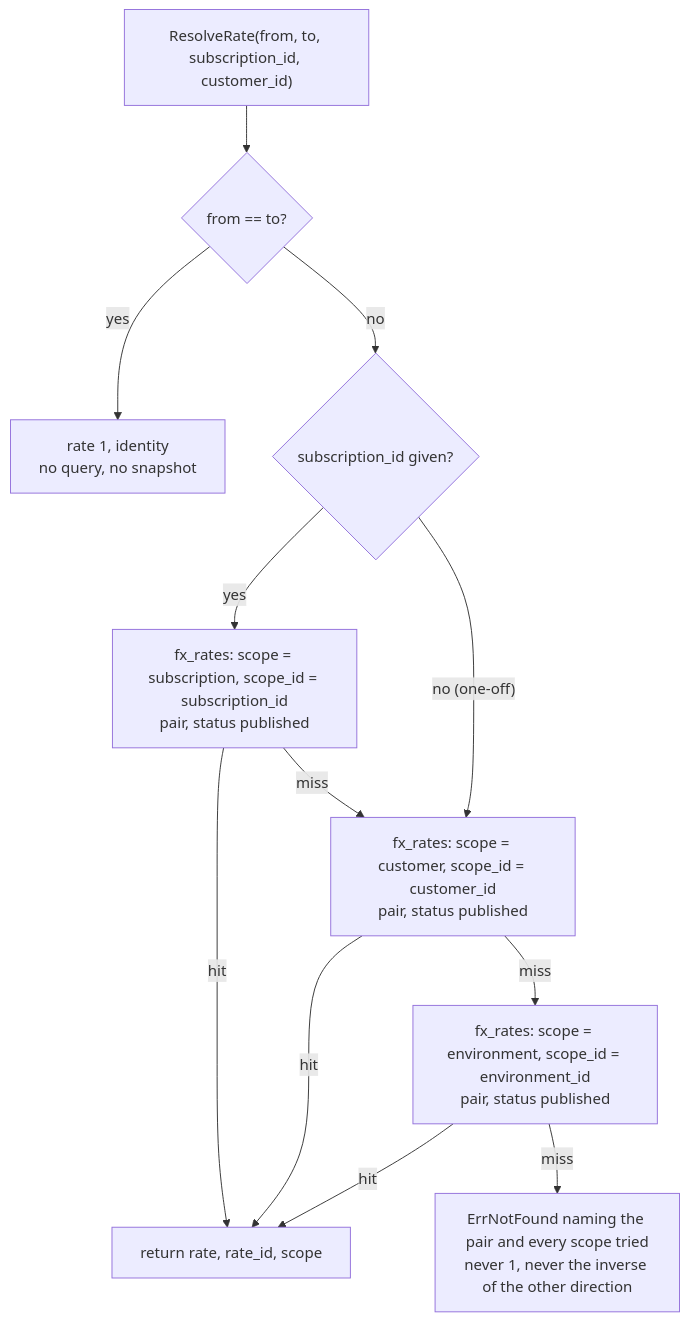
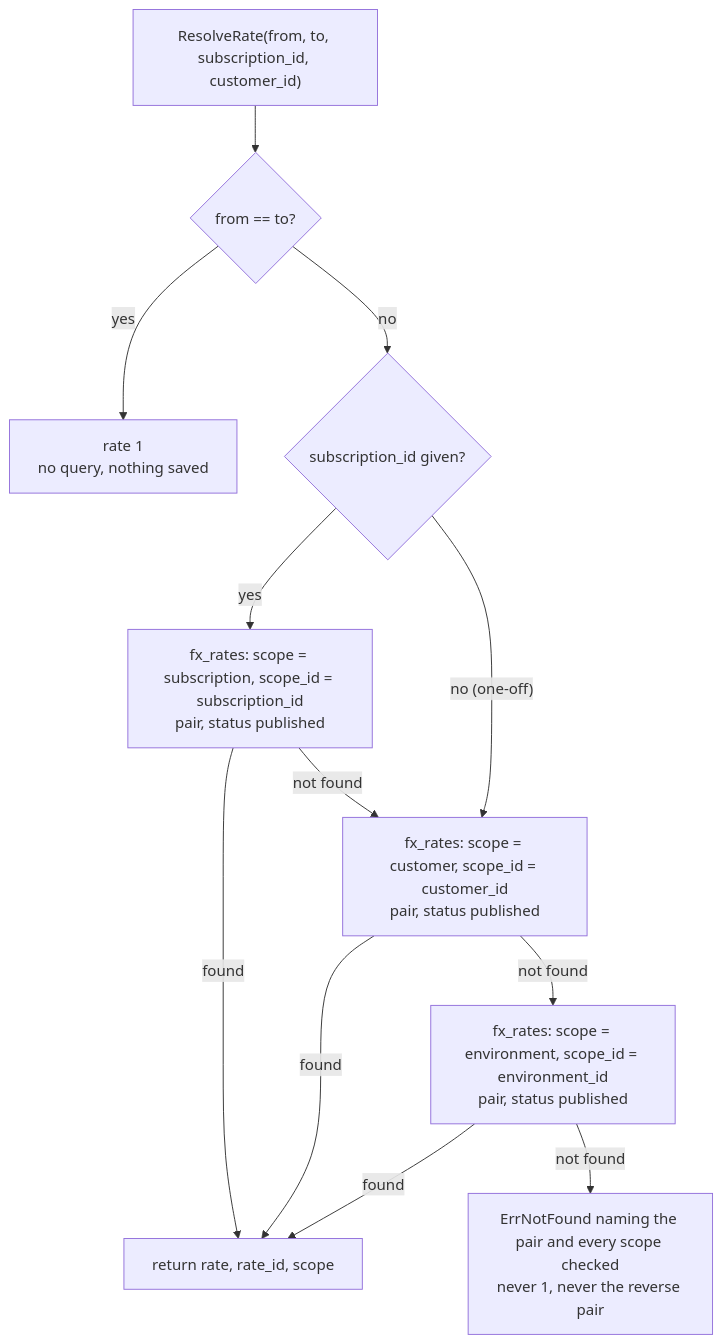
The second of 7 diagrams in docs/design/2026-09-26-FLE-1383-adaptive-multi-currency-phase1-erd.md (aghijap/flexprice-FLE-1411), drawn with Mermaid before and after one commit. The commit also changed other lines of this file and 1 other file, not shown here.

````diff
--- a/docs/design/2026-09-26-FLE-1383-adaptive-multi-currency-phase1-erd.md
+++ b/docs/design/2026-09-26-FLE-1383-adaptive-multi-currency-phase1-erd.md
@@ -447,14 +441,14 @@
 ```mermaid
 flowchart TD
     A["ResolveRate(from, to, subscription_id, customer_id)"] --> I{"from == to?"}
-    I -- yes --> ID["rate 1, identity<br/>no query, no snapshot"]
+    I -- yes --> ID["rate 1<br/>no query, nothing saved"]
     I -- no --> S{"subscription_id given?"}
     S -- yes --> SQ["fx_rates: scope = subscription, scope_id = subscription_id<br/>pair, status published"]
     S -- "no (one-off)" --> CQ
-    SQ -- hit --> WIN["return rate, rate_id, scope"]
-    SQ -- miss --> CQ["fx_rates: scope = customer, scope_id = customer_id<br/>pair, status published"]
-    CQ -- hit --> WIN
-    CQ -- miss --> EQ["fx_rates: scope = environment, scope_id = environment_id<br/>pair, status published"]
-    EQ -- hit --> WIN
-    EQ -- miss --> NF["ErrNotFound naming the pair and every scope tried<br/>never 1, never the inverse of the other direction"]
+    SQ -- found --> WIN["return rate, rate_id, scope"]
+    SQ -- "not found" --> CQ["fx_rates: scope = customer, scope_id = customer_id<br/>pair, status published"]
+    CQ -- found --> WIN
+    CQ -- "not found" --> EQ["fx_rates: scope = environment, scope_id = environment_id<br/>pair, status published"]
+    EQ -- found --> WIN
+    EQ -- "not found" --> NF["ErrNotFound naming the pair and every scope checked<br/>never 1, never the reverse pair"]
 ```
````
